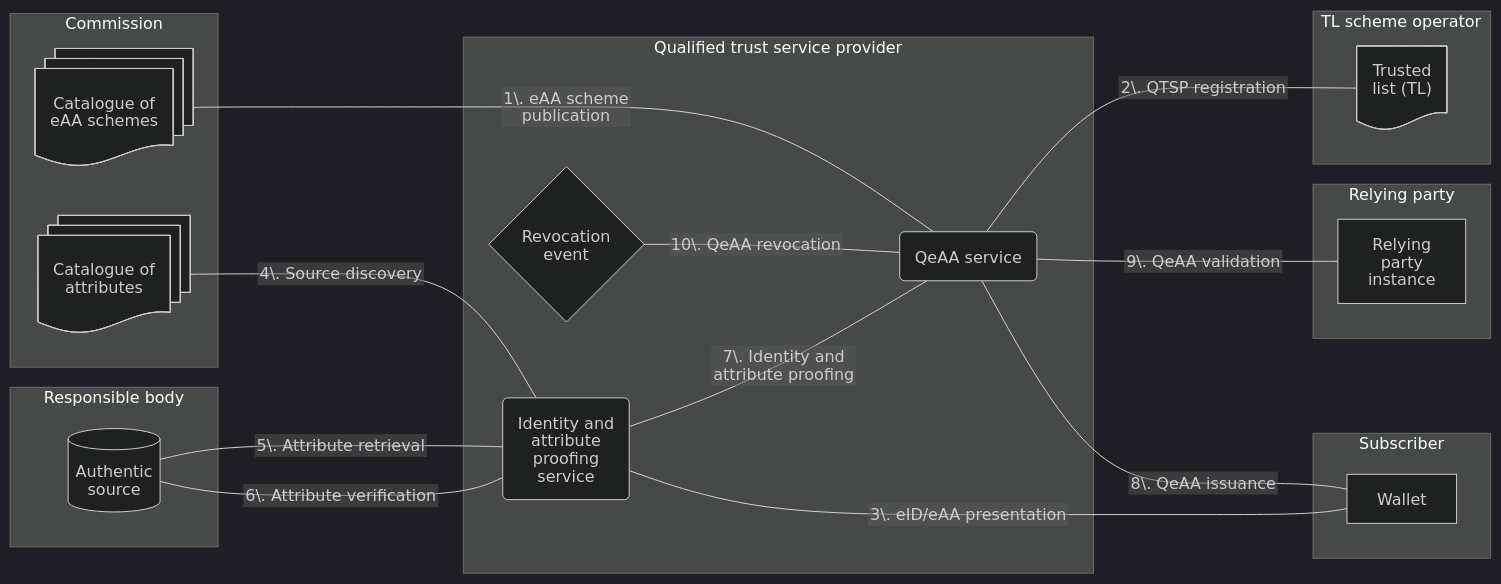
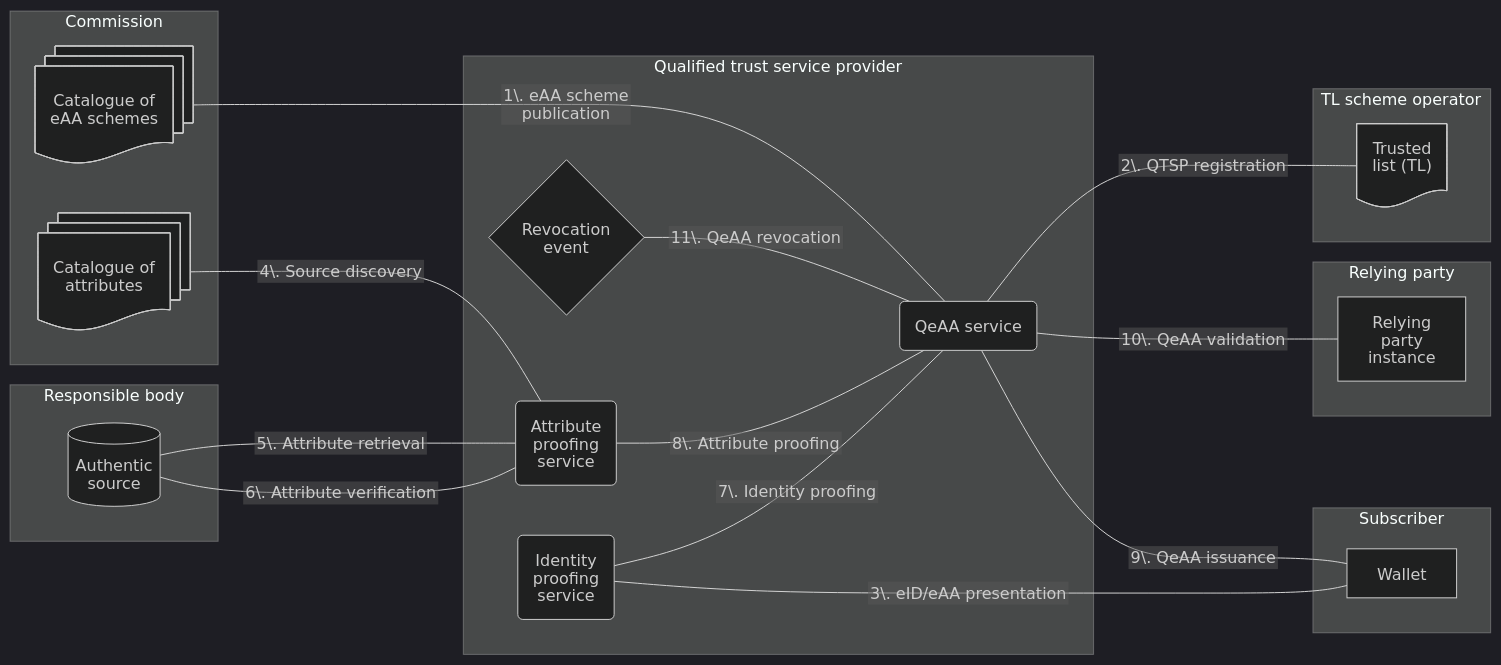
Before and after one commit to webuild-consortium/wp4-qtsp-group: the first of 4 diagrams in docs/qeaa/architecture.md, drawn with Mermaid (dark theme). The commit also changed other lines of this file, not shown here.

Commit message:
Separate attribute proofing service

````diff
--- a/docs/qeaa/architecture.md
+++ b/docs/qeaa/architecture.md
@@ -43,51 +44,54 @@
 ```mermaid
 ---
 config:
   htmlLabels: false
   markdownAutoWrap: true
   flowchart:
     #defaultRenderer: "elk"
 ---
 flowchart LR
 subgraph Responsible body
     AS[Authentic
     source]@{shape: cyl}
 end
 subgraph EC[Commission]
     CatAtt[Catalogue of
     attributes]@{shape: docs}
     CatSch[Catalogue of
     eAA schemes]@{shape: docs}
 end
 subgraph QTSP[Qualified trust service provider]
-    IPS[Identity and
-    attribute
+    APS[Attribute
+    proofing
+    service]@{shape: rounded}
+    IPS[Identity
     proofing
     service]@{shape: rounded}
     EAAS["QeAA service"]@{shape: rounded}
     Rev[Revocation
     event]@{shape: diamond}
 end
 subgraph Sub[Subscriber]
     Wallet
 end
 subgraph Relying party
     RP["Relying
     party
     instance"]
 end
 subgraph "TL scheme operator"
     TL["Trusted
     list (TL)"]@{shape: doc}
 end
 CatSch ---|1\. eAA scheme publication| EAAS
 EAAS   ---|2\. QTSP registration     | TL
-Wallet ---|3\. eID/eAA presentation  | IPS
-CatAtt ---|4\. Source discovery      | IPS
-AS     ---|5\. Attribute retrieval   | IPS
-AS     ---|6\. Attribute verification| IPS
-Rev    ---|10\. QeAA revocation      | EAAS
-IPS    ---|7\. Identity and<br>attribute proofing | EAAS
-EAAS   ---|8\. QeAA issuance         | Wallet
-EAAS   ---|9\. QeAA validation       | RP
+EAAS   ---|9\. QeAA issuance         | Wallet
+IPS    ---|3\. eID/eAA presentation  | Wallet
+CatAtt ---|4\. Source discovery      | APS
+AS     ---|5\. Attribute retrieval   | APS
+AS     ---|6\. Attribute verification| APS
+Rev    ---|11\. QeAA revocation      | EAAS
+APS    ---|8\. Attribute proofing   | EAAS
+IPS    ---|7\. Identity proofing     | EAAS
+EAAS   ---|10\. QeAA validation       | RP
 ```
````
